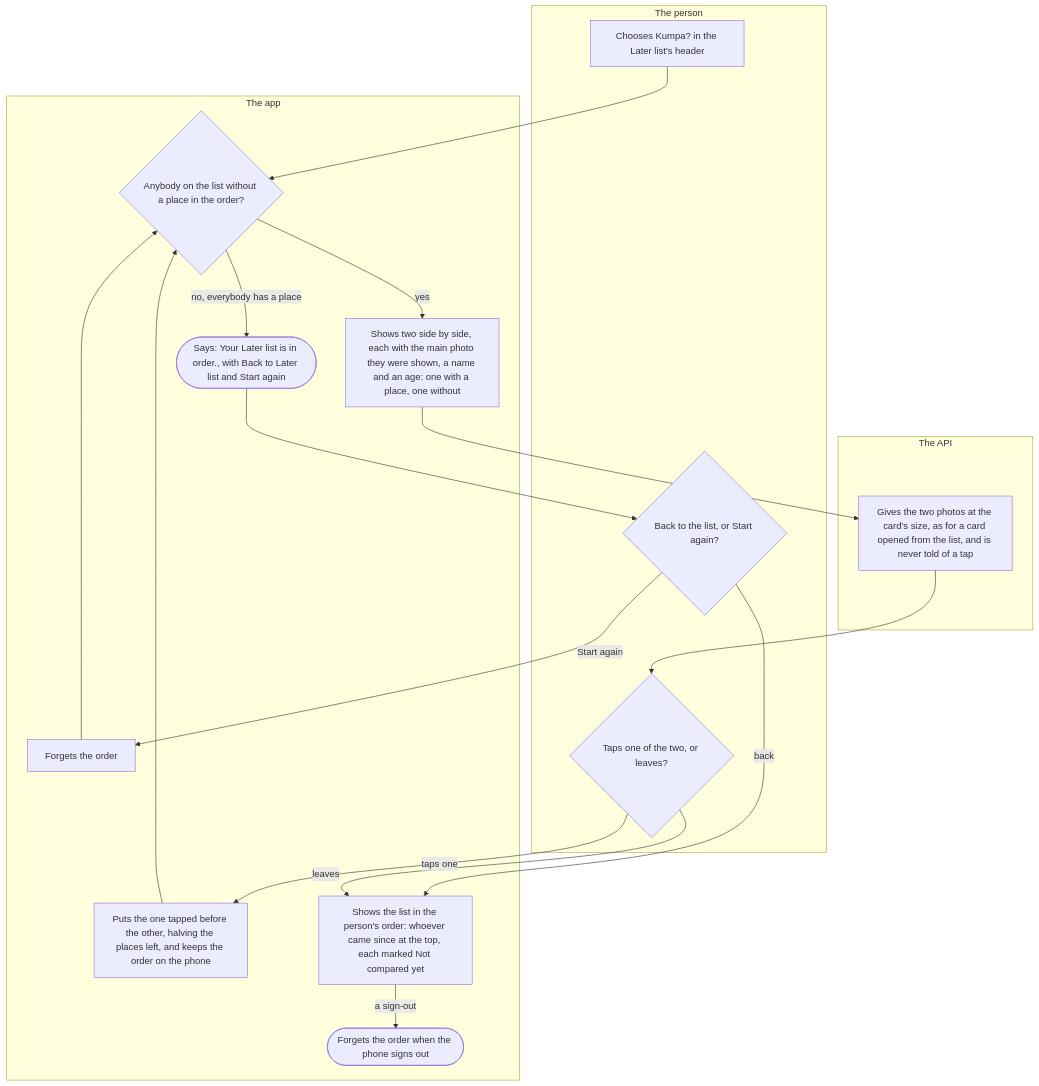
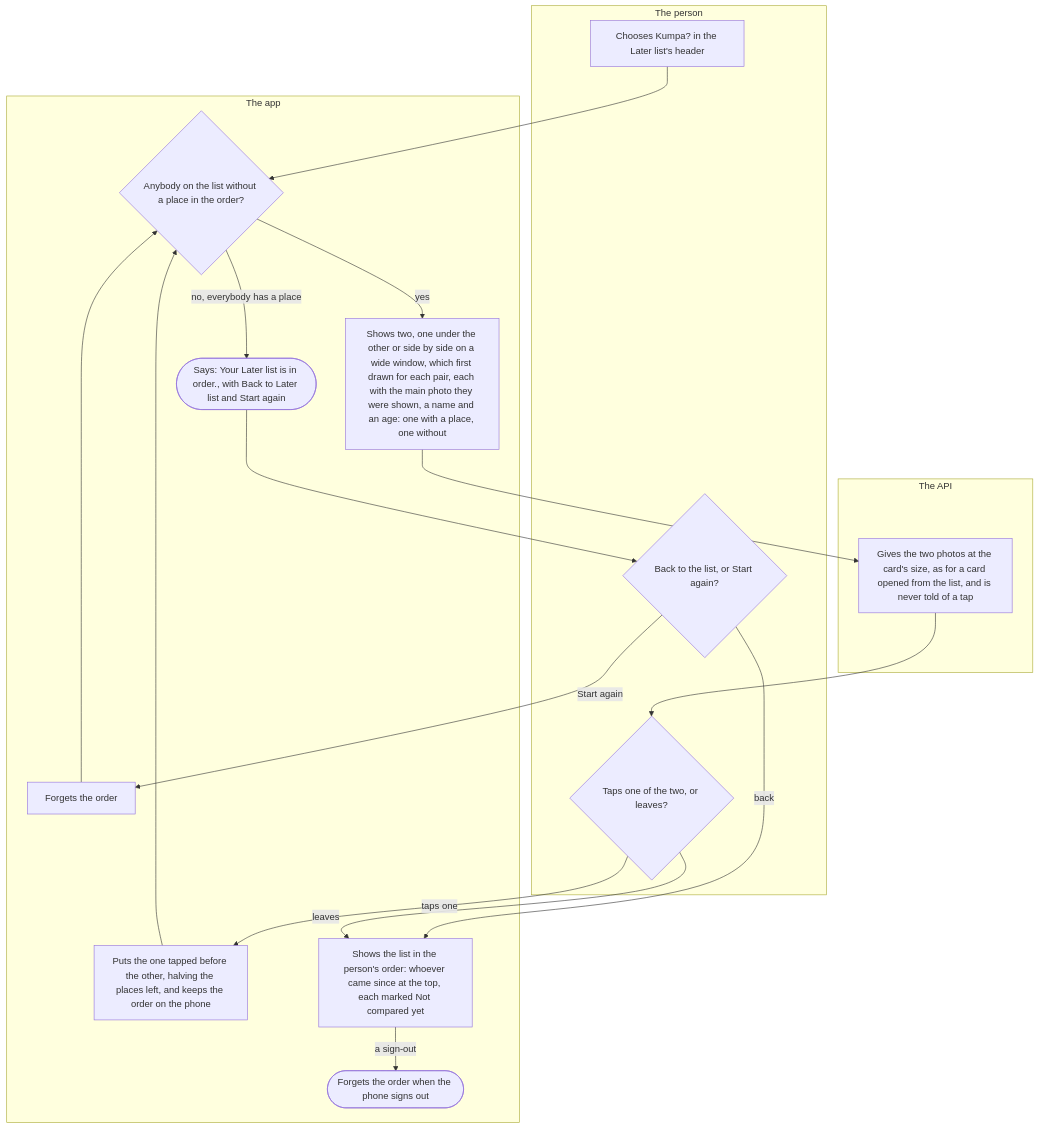
Before and after one commit to kuutti-ry/kumpa-app: the sixth of 6 diagrams in docs/flows/queue.md, drawn with Mermaid. The commit also changed other lines of this file and 7 other files, not shown here.

````diff
--- a/docs/flows/queue.md
+++ b/docs/flows/queue.md
@@ -360,35 +360,35 @@
 ```mermaid
 flowchart TB
   accTitle: Kumpa? puts the Later list in the person's own order
-  accDescr: From the Later list's header, Kumpa? shows two people of the list side by side, each with the main photo the person was shown, and a tap on one puts them before the other, until everybody has a place. The order stays on the phone and the API is never told of a tap. Leaving keeps what was tapped. The list then shows the person's order, whoever came since at the top and marked Not compared yet, and a sign-out forgets it.
+  accDescr: From the Later list's header, Kumpa? shows two people of the list, one under the other on a phone held upright and side by side on a wider window, which of them comes first drawn for each pair, each with the main photo the person was shown, and a tap on one puts them before the other, until everybody has a place. The order stays on the phone and the API is never told of a tap. Leaving keeps what was tapped. The list then shows the person's order, whoever came since at the top and marked Not compared yet, and a sign-out forgets it.
   subgraph person["The person"]
     s74["Chooses Kumpa? in the Later list's header"]
     s78{"Taps one of the two, or leaves?"}
     s81{"Back to the list, or Start again?"}
   end
   subgraph app["The app"]
     s75{"Anybody on the list without a place in the order?"}
-    s76["Shows two side by side, each with the main photo they were shown, a name and an age: one with a place, one without"]
+    s76["Shows two, one under the other or side by side on a wide window, which first drawn for each pair, each with the main photo they were shown, a name and an age: one with a place, one without"]
     s79["Puts the one tapped before the other, halving the places left, and keeps the order on the phone"]
     s80(["Says: Your Later list is in order., with Back to Later list and Start again"])
     s82["Forgets the order"]
     s83["Shows the list in the person's order: whoever came since at the top, each marked Not compared yet"]
     s84(["Forgets the order when the phone signs out"])
   end
   subgraph api["The API"]
     s77["Gives the two photos at the card's size, as for a card opened from the list, and is never told of a tap"]
   end
   s74 --> s75
   s75 -->|"yes"| s76
   s76 --> s77
   s77 --> s78
   s78 -->|"taps one"| s79
   s79 --> s75
   s75 -->|"no, everybody has a place"| s80
   s80 --> s81
   s81 -->|"Start again"| s82
   s82 --> s75
   s81 -->|"back"| s83
   s78 -->|"leaves"| s83
   s83 -->|"a sign-out"| s84
 ```
````
